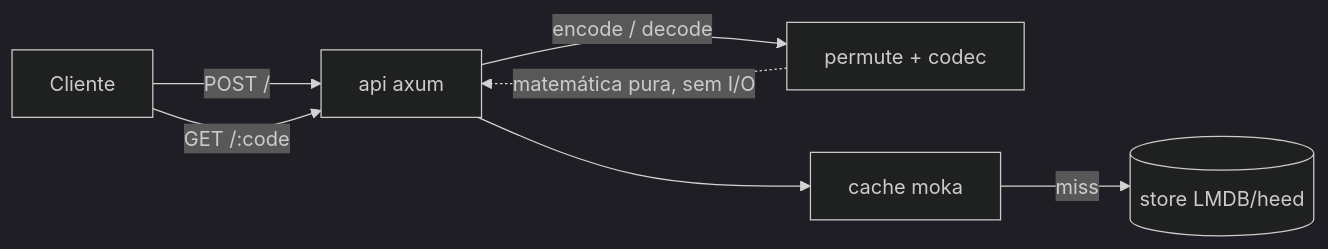
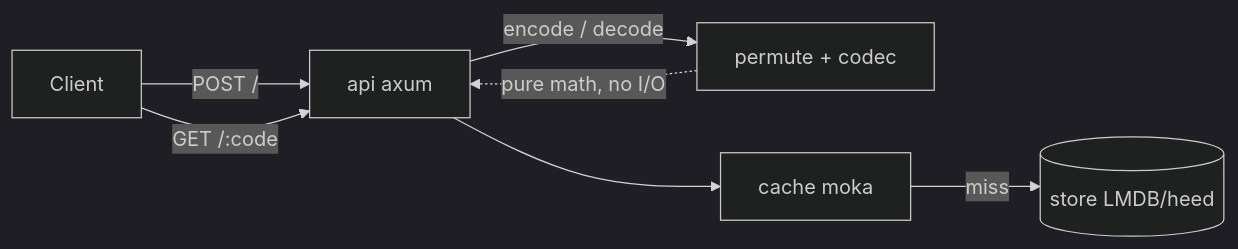
One commit to lucasolopes/quark changed the first of 5 diagrams in docs/ARCHITECTURE.md. Above: the diagram before and after it, drawn with Mermaid (dark theme). The commit also changed other lines of this file and 15 other files, not shown here.

````diff
--- a/docs/ARCHITECTURE.md
+++ b/docs/ARCHITECTURE.md
@@ -9,9 +11,9 @@
 ```mermaid
 flowchart LR
-    C[Cliente] -->|POST /| API[api axum]
+    C[Client] -->|POST /| API[api axum]
     C -->|GET /:code| API
     API -->|encode / decode| P[permute + codec]
     API --> CA[cache moka]
     CA -->|miss| ST[(store LMDB/heed)]
-    P -.matemática pura, sem I/O.-> API
+    P -.pure math, no I/O.-> API
 ```
````
